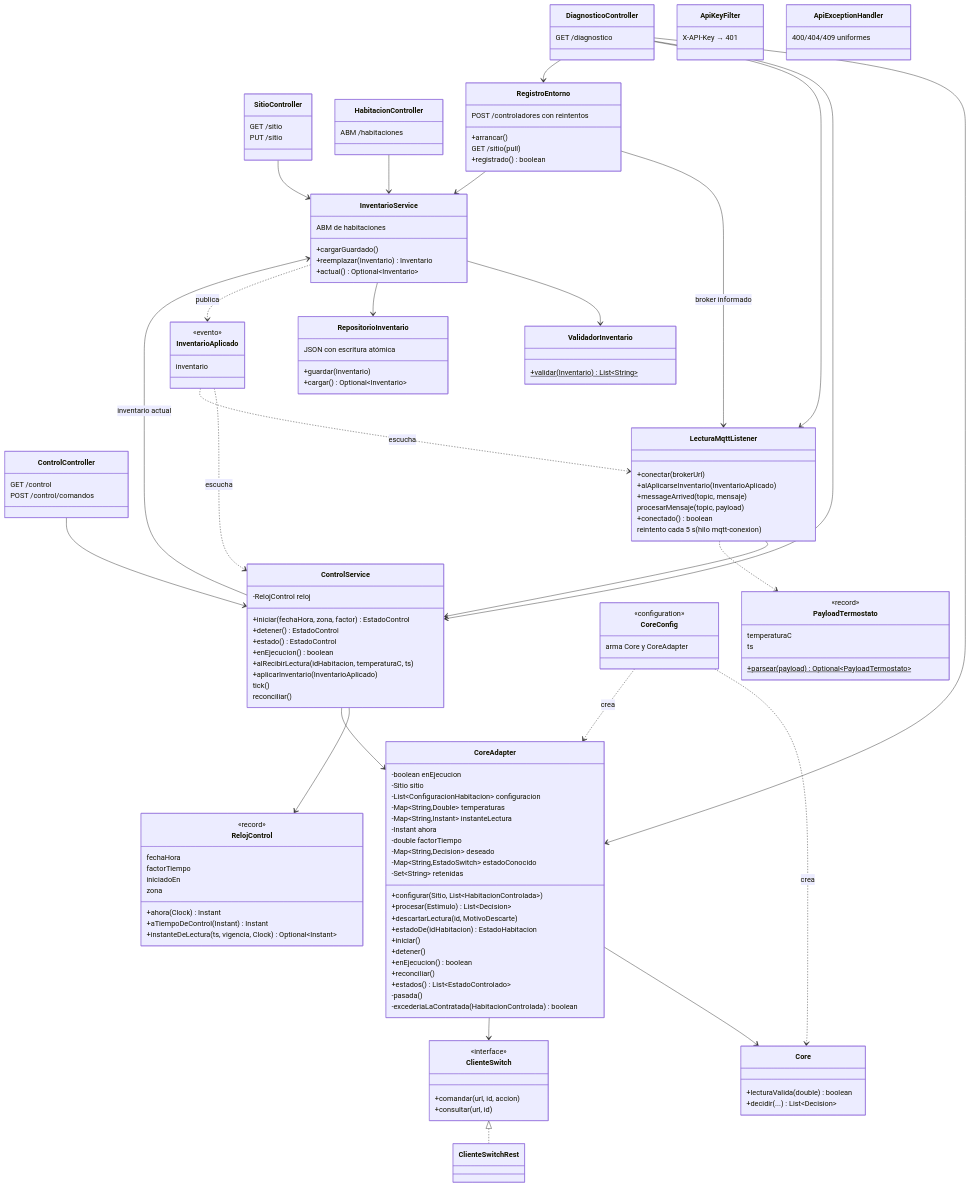
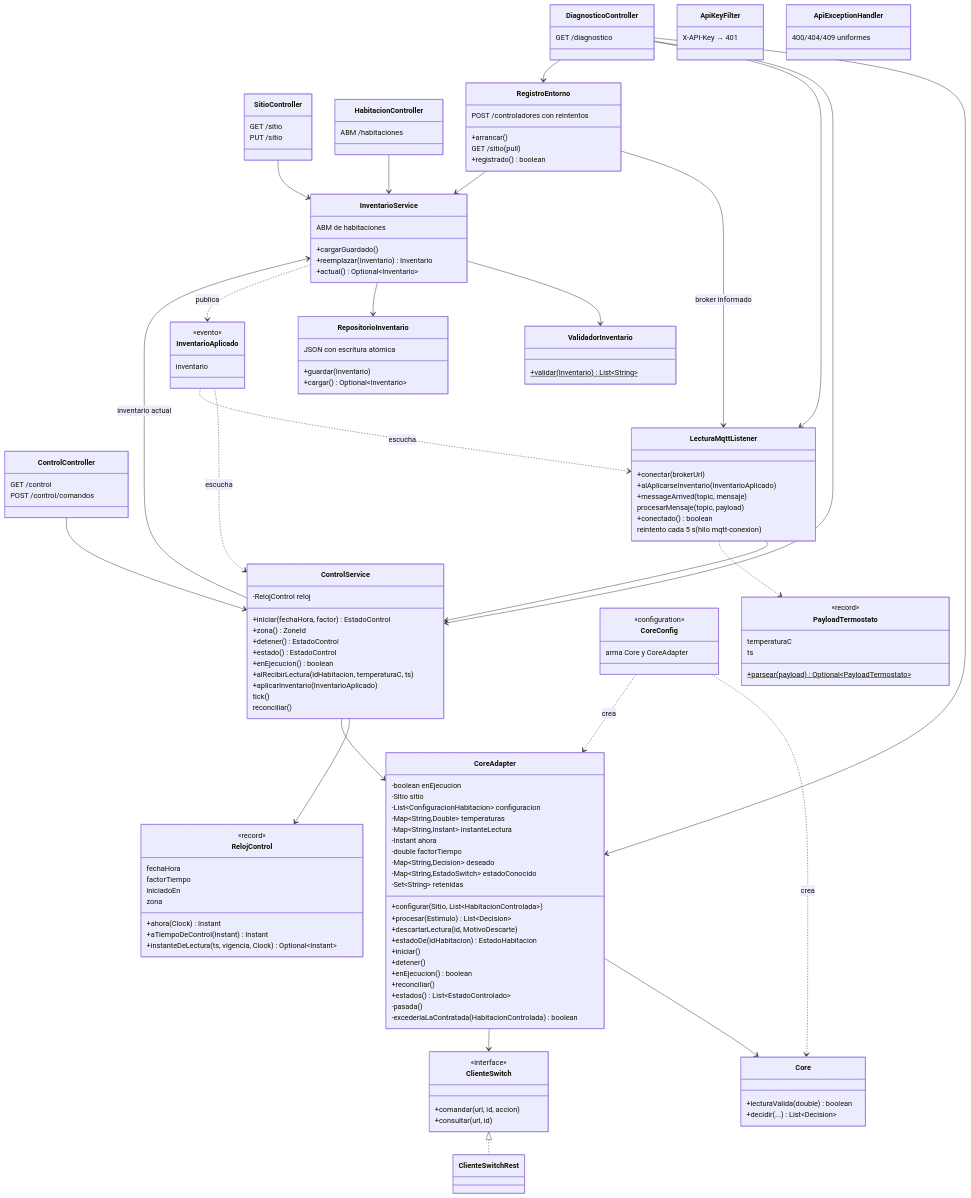
One commit to BrayanBCode/iiss-2026-grupo-4 changed the third of 9 diagrams in docs/arquitectura/4mas1.md. Above: the diagram before and after it, drawn with Mermaid. The commit also changed other lines of this file and 7 other files, not shown here.

```diff
--- a/docs/arquitectura/4mas1.md
+++ b/docs/arquitectura/4mas1.md
@@ -250,7 +250,8 @@
 
     class ControlService {
       -RelojControl reloj
-      +iniciar(fechaHora, zona, factor) EstadoControl
+      +iniciar(fechaHora, factor) EstadoControl
+      +zona() ZoneId
       +detener() EstadoControl
       +estado() EstadoControl
       +enEjecucion() boolean
```
